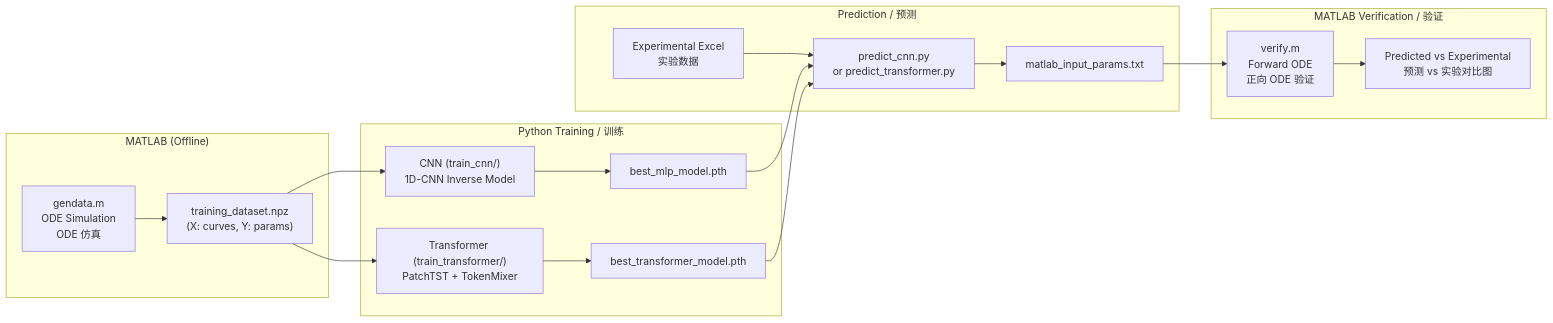
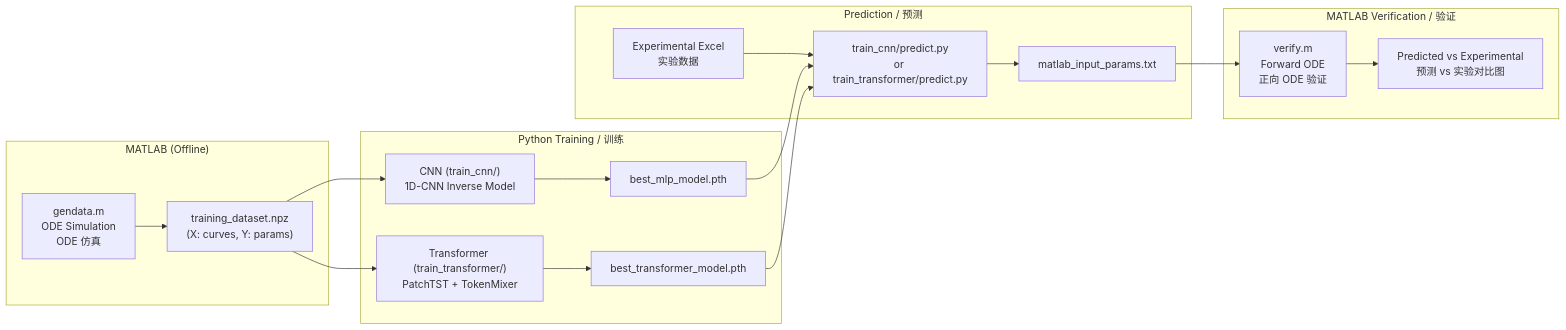
One commit to GBGBGB780/MechineLearning_for_DNAwalker changed the diagram in README.md. Above: the diagram before and after it, drawn with Mermaid. The commit also changed other lines of this file and 12 other files, not shown here.

````diff
--- a/README.md
+++ b/README.md
@@ -55,25 +55,25 @@
 ```mermaid
 flowchart LR
     subgraph MATLAB ["MATLAB (Offline)"]
         A["gendata.m<br/>ODE Simulation<br/>ODE 仿真"] --> B["training_dataset.npz<br/>(X: curves, Y: params)"]
     end
 
     subgraph Training ["Python Training / 训练"]
         B --> C["CNN (train_cnn/)<br/>1D-CNN Inverse Model"]
         B --> D["Transformer (train_transformer/)<br/>PatchTST + TokenMixer"]
         C --> E["best_mlp_model.pth"]
         D --> F["best_transformer_model.pth"]
     end
 
     subgraph Inference ["Prediction / 预测"]
-        G["Experimental Excel<br/>实验数据"] --> H["predict_cnn.py<br/>or predict_transformer.py"]
+        G["Experimental Excel<br/>实验数据"] --> H["train_cnn/predict.py<br/>or train_transformer/predict.py"]
         E --> H
         F --> H
         H --> I["matlab_input_params.txt"]
     end
 
     subgraph Verification ["MATLAB Verification / 验证"]
         I --> J["verify.m<br/>Forward ODE<br/>正向 ODE 验证"]
         J --> K["Predicted vs Experimental<br/>预测 vs 实验对比图"]
     end
 ```
````
